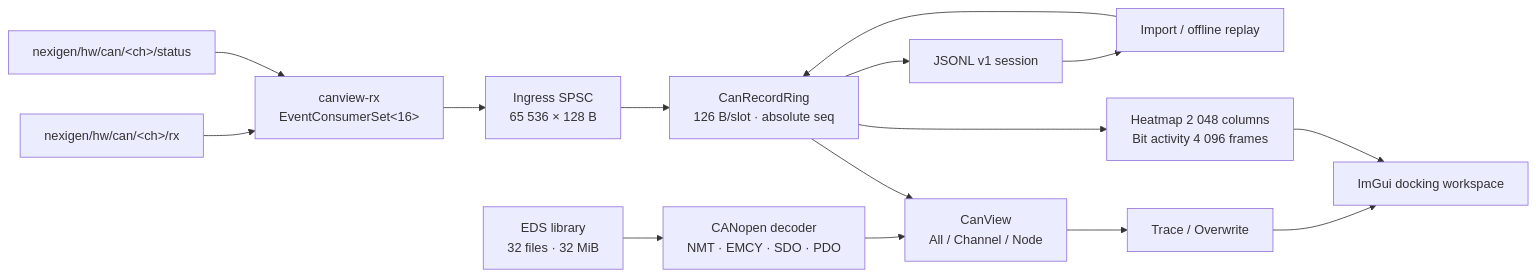
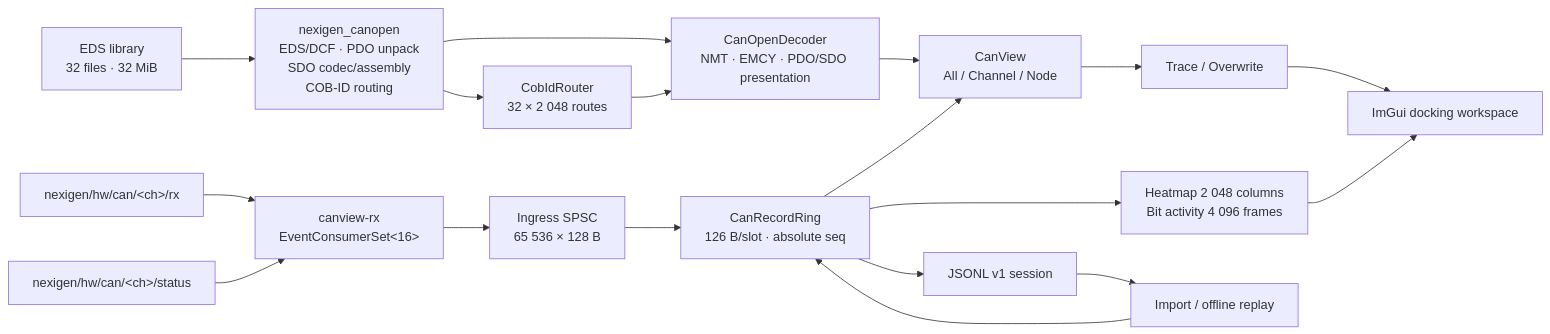
The tenth of 16 diagrams in docs/architecture.md (nexigen-tech/nexigen-cpp), drawn with Mermaid before and after one commit. The commit also changed other lines of this file and 61 other files, not shown here.

First line of the commit message:
feat(canopen): extract shared CANopen core

````diff
--- a/docs/architecture.md
+++ b/docs/architecture.md
@@ -1059,17 +1059,20 @@
 ```mermaid
 flowchart LR
     RX["nexigen/hw/can/&lt;ch&gt;/rx"] --> CAP["canview-rx<br/>EventConsumerSet&lt;16&gt;"]
     ST["nexigen/hw/can/&lt;ch&gt;/status"] --> CAP
     CAP --> Q["Ingress SPSC<br/>65 536 × 128 B"]
     Q --> HIST["CanRecordRing<br/>126 B/slot · absolute seq"]
-    EDS["EDS library<br/>32 files · 32 MiB"] --> DEC["CANopen decoder<br/>NMT · EMCY · SDO · PDO"]
+    EDS["EDS library<br/>32 files · 32 MiB"] --> CORE["nexigen_canopen<br/>EDS/DCF · PDO unpack<br/>SDO codec/assembly<br/>COB-ID routing"]
+    CORE --> DEC["CanOpenDecoder<br/>NMT · EMCY · PDO/SDO presentation"]
+    CORE --> ROUTE["CobIdRouter<br/>32 × 2 048 routes"]
+    ROUTE --> DEC
     HIST --> VIEWS["CanView<br/>All / Channel / Node"]
     HIST --> HEAT["Heatmap 2 048 columns<br/>Bit activity 4 096 frames"]
     DEC --> VIEWS
     VIEWS --> TRACE["Trace / Overwrite"]
     HIST --> SESSION["JSONL v1 session"]
     SESSION --> IMP["Import / offline replay"]
     IMP --> HIST
     TRACE --> SCREEN["ImGui docking workspace"]
     HEAT --> SCREEN
 ```
````
